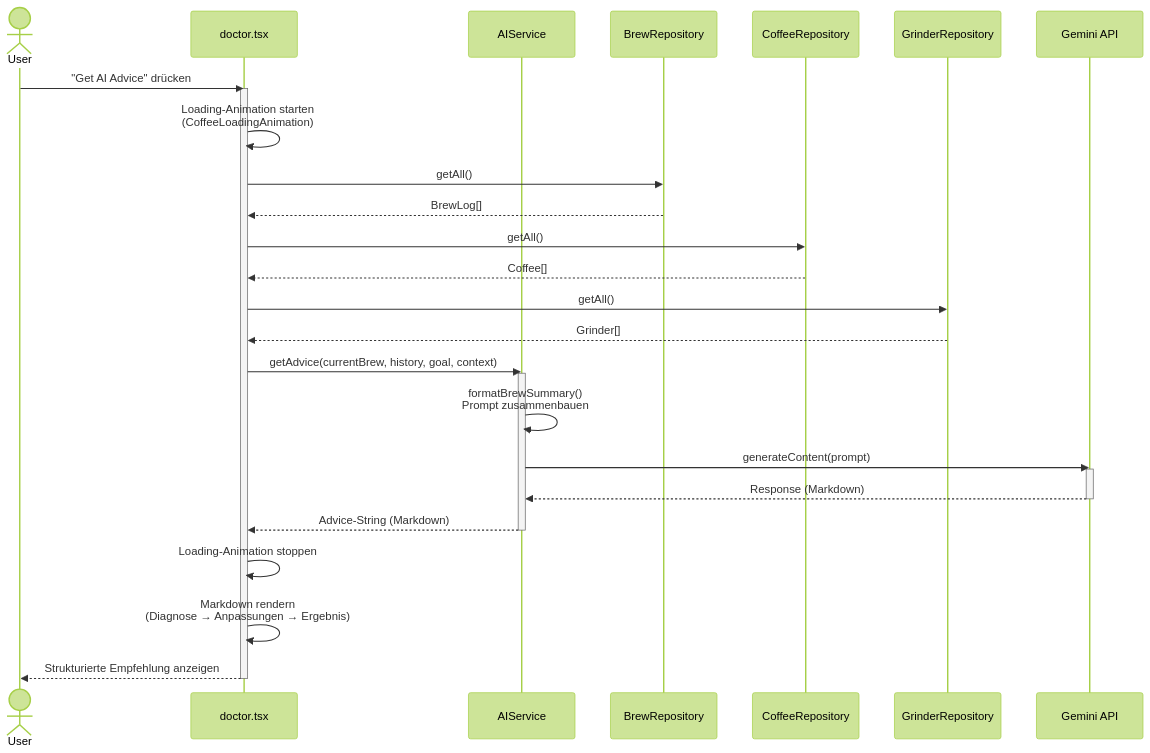
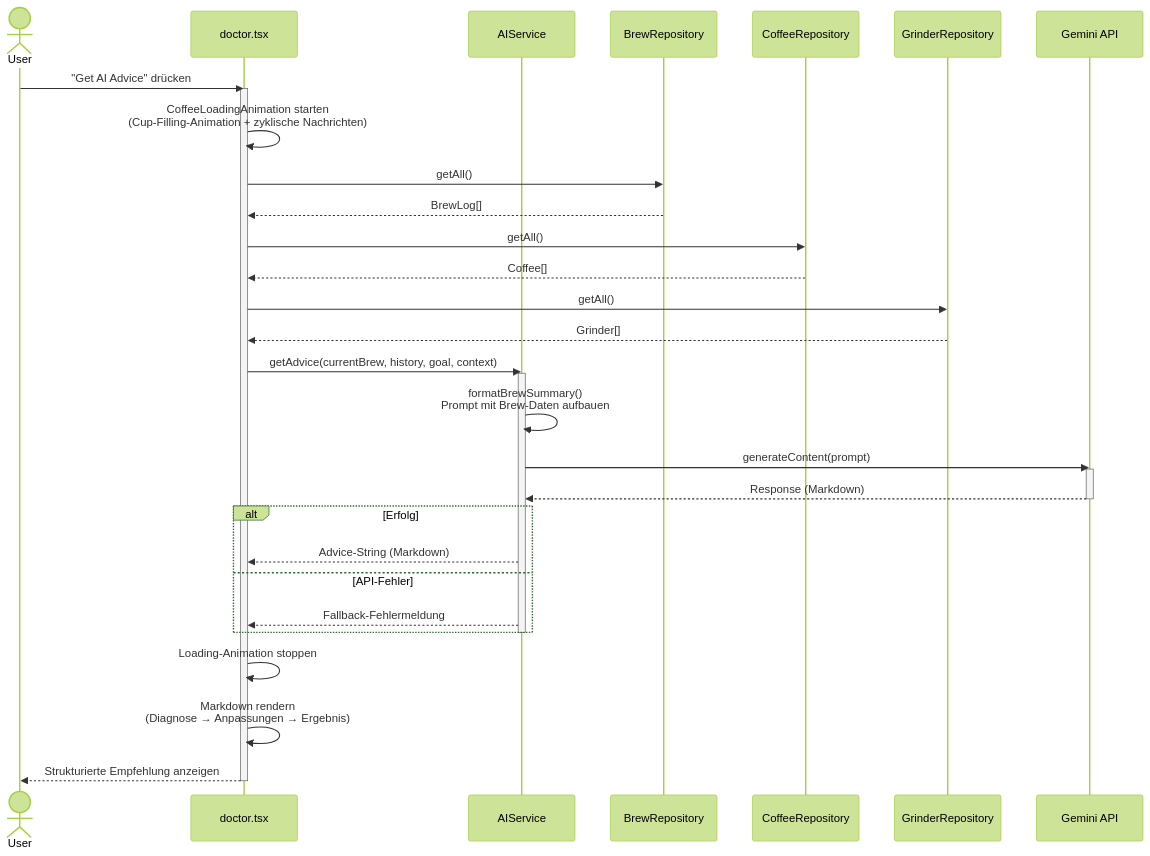
Before and after one commit to zobe03/Coffee-app: the fourth of 4 diagrams in README.md, drawn with Mermaid (forest theme). The commit also changed other lines of this file, not shown here.

````diff
--- a/README.md
+++ b/README.md
@@ -485,41 +526,45 @@
 ```mermaid
 sequenceDiagram
     actor User
     participant Doctor as doctor.tsx
     participant AIService as AIService
     participant BrewRepo as BrewRepository
     participant CoffeeRepo as CoffeeRepository
     participant GrinderRepo as GrinderRepository
     participant Gemini as Gemini API
 
     User->>Doctor: "Get AI Advice" drücken
     activate Doctor
-    Doctor->>Doctor: Loading-Animation starten<br/>(CoffeeLoadingAnimation)
+    Doctor->>Doctor: CoffeeLoadingAnimation starten<br/>(Cup-Filling-Animation + zyklische Nachrichten)
 
     Doctor->>BrewRepo: getAll()
     BrewRepo-->>Doctor: BrewLog[]
 
     Doctor->>CoffeeRepo: getAll()
     CoffeeRepo-->>Doctor: Coffee[]
 
     Doctor->>GrinderRepo: getAll()
     GrinderRepo-->>Doctor: Grinder[]
 
     Doctor->>AIService: getAdvice(currentBrew, history, goal, context)
     activate AIService
 
-    AIService->>AIService: formatBrewSummary()<br/>Prompt zusammenbauen
+    AIService->>AIService: formatBrewSummary()<br/>Prompt mit Brew-Daten aufbauen
 
     AIService->>Gemini: generateContent(prompt)
     activate Gemini
     Gemini-->>AIService: Response (Markdown)
     deactivate Gemini
 
-    AIService-->>Doctor: Advice-String (Markdown)
+    alt Erfolg
+        AIService-->>Doctor: Advice-String (Markdown)
+    else API-Fehler
+        AIService-->>Doctor: Fallback-Fehlermeldung
+    end
     deactivate AIService
 
     Doctor->>Doctor: Loading-Animation stoppen
     Doctor->>Doctor: Markdown rendern<br/>(Diagnose → Anpassungen → Ergebnis)
     Doctor-->>User: Strukturierte Empfehlung anzeigen
     deactivate Doctor
 ```
````
